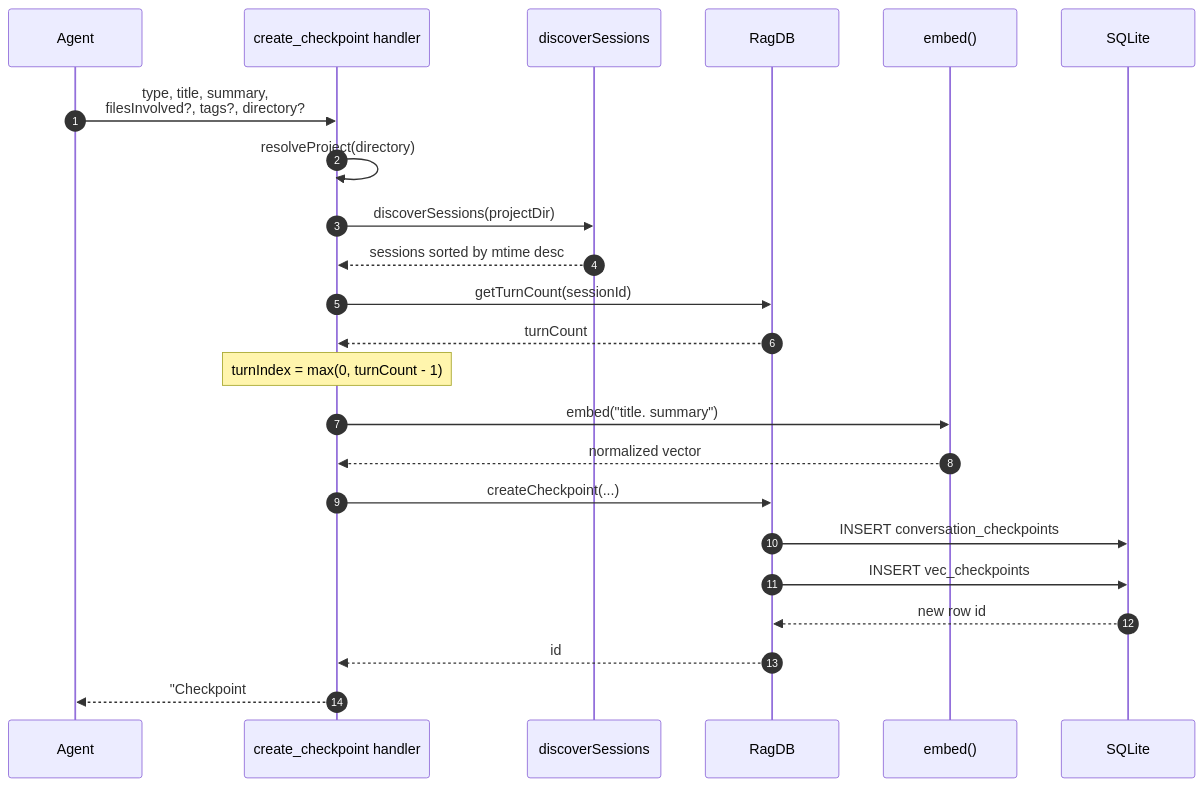
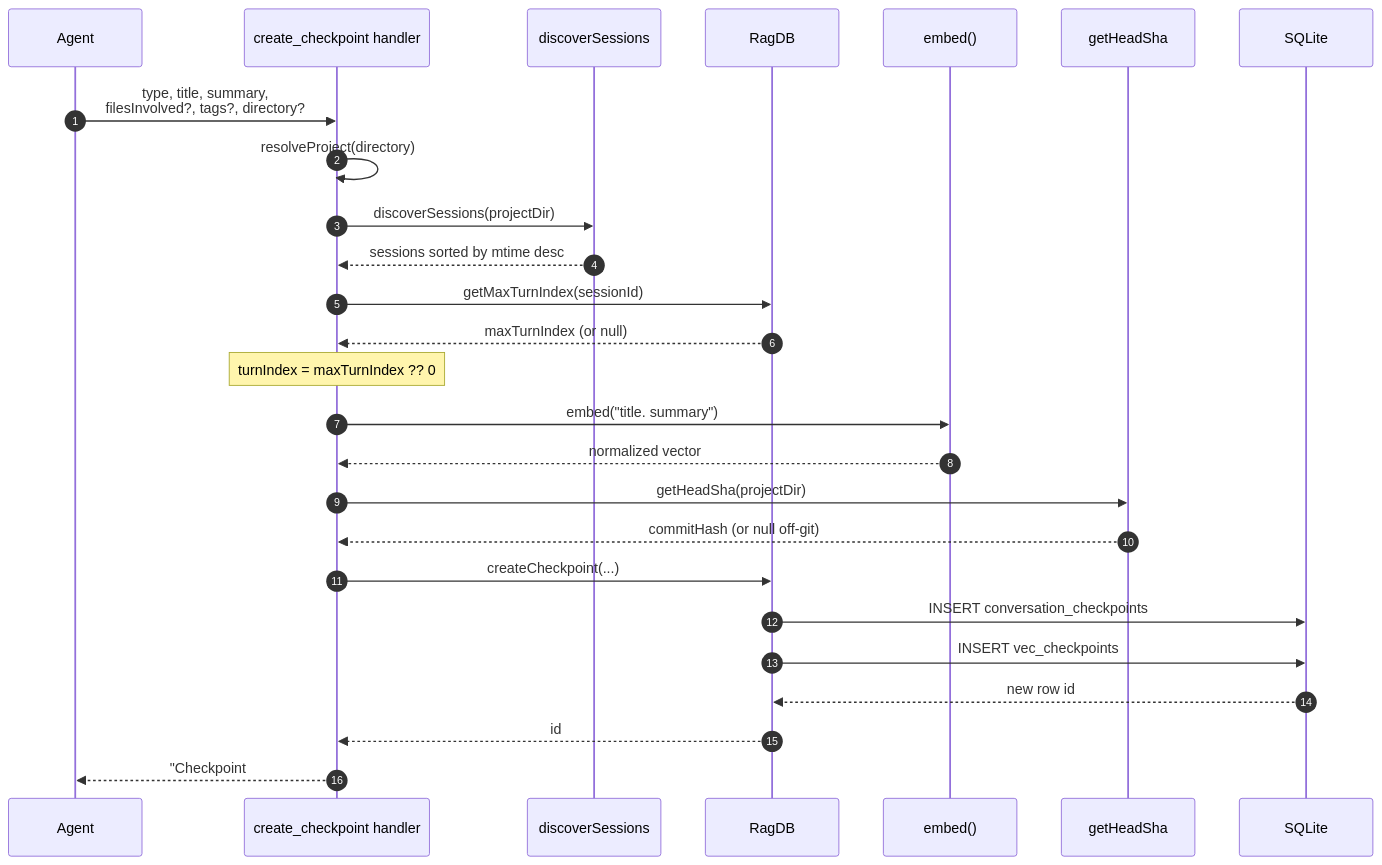
The diagram in wiki/tools/create-checkpoint.md (TheWinci/mimirs), drawn with Mermaid before and after one commit. The commit also changed other lines of this file and 58 other files, not shown here.

````diff
--- a/wiki/tools/create-checkpoint.md
+++ b/wiki/tools/create-checkpoint.md
@@ -39,26 +40,29 @@
 ```mermaid
 sequenceDiagram
     autonumber
     participant Agent
     participant Handler as create_checkpoint handler
     participant Sessions as discoverSessions
     participant DB as RagDB
     participant Embed as embed()
+    participant Git as getHeadSha
     participant SQLite
 
     Agent->>Handler: type, title, summary,<br>filesInvolved?, tags?, directory?
     Handler->>Handler: resolveProject(directory)
     Handler->>Sessions: discoverSessions(projectDir)
     Sessions-->>Handler: sessions sorted by mtime desc
-    Handler->>DB: getTurnCount(sessionId)
-    DB-->>Handler: turnCount
-    Note over Handler: turnIndex = max(0, turnCount - 1)
+    Handler->>DB: getMaxTurnIndex(sessionId)
+    DB-->>Handler: maxTurnIndex (or null)
+    Note over Handler: turnIndex = maxTurnIndex ?? 0
     Handler->>Embed: embed("title. summary")
     Embed-->>Handler: normalized vector
+    Handler->>Git: getHeadSha(projectDir)
+    Git-->>Handler: commitHash (or null off-git)
     Handler->>DB: createCheckpoint(...)
     DB->>SQLite: INSERT conversation_checkpoints
     DB->>SQLite: INSERT vec_checkpoints
     SQLite-->>DB: new row id
     DB-->>Handler: id
     Handler-->>Agent: "Checkpoint #id created" (+ annotate hint)
 ```
````
